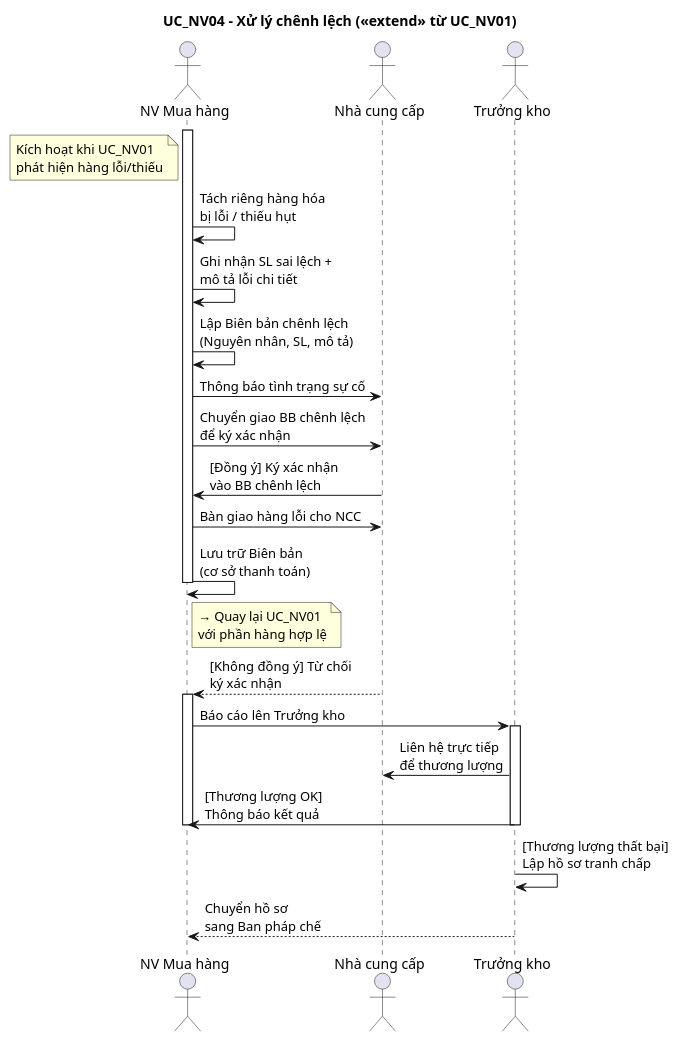
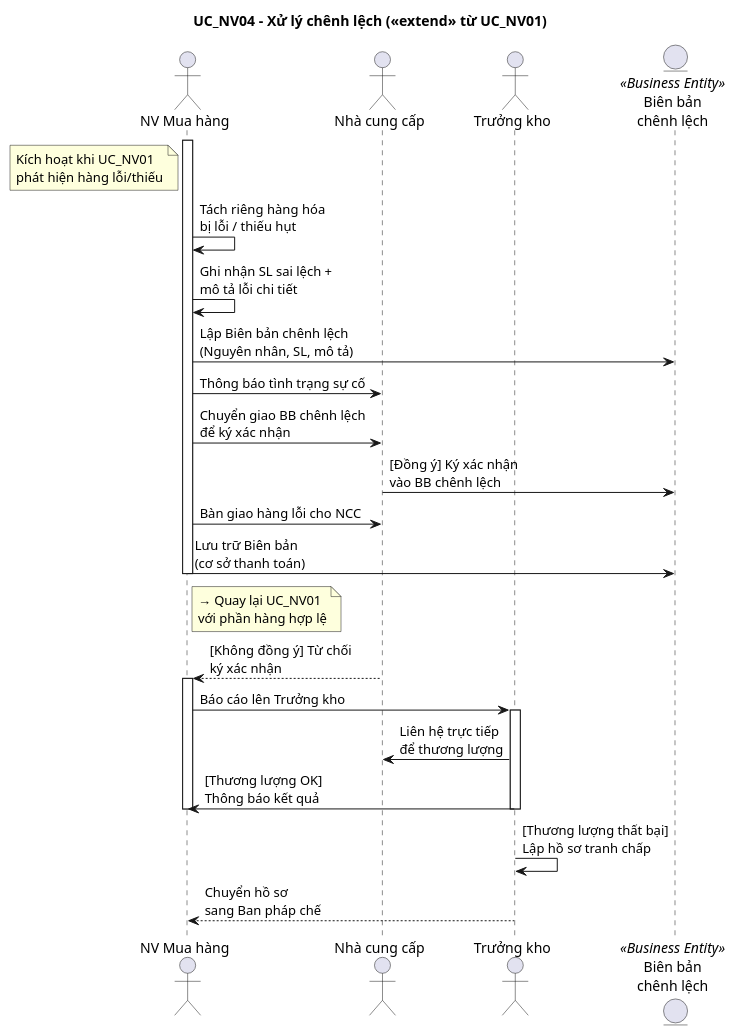
One commit to OXplakhoa/StorageManager changed the diagram in diagrams/sequence_nv/seq_uc_nv04_chenh_lech.md. Above: the diagram before and after it, drawn with PlantUML. The commit also changed 9 other files, not shown here.

Commit message:
feat: add more skills base on syllabus and fix sequence diagram

````diff
--- a/diagrams/sequence_nv/seq_uc_nv04_chenh_lech.md
+++ b/diagrams/sequence_nv/seq_uc_nv04_chenh_lech.md
@@ -3,38 +3,39 @@
 ```plantuml
 @startuml
 title UC_NV04 – Xử lý chênh lệch (<<extend>> từ UC_NV01)
 
 actor "NV Mua hàng" as NVMH
 actor "Nhà cung cấp" as NCC
 actor "Trưởng kho" as TrK
+entity "Biên bản\nchênh lệch" as BBCL <<Business Entity>>
 
 note left of NVMH : Kích hoạt khi UC_NV01\nphát hiện hàng lỗi/thiếu
 
 activate NVMH
 NVMH -> NVMH : Tách riêng hàng hóa\nbị lỗi / thiếu hụt
 NVMH -> NVMH : Ghi nhận SL sai lệch +\nmô tả lỗi chi tiết
-NVMH -> NVMH : Lập Biên bản chênh lệch\n(Nguyên nhân, SL, mô tả)
+NVMH -> BBCL : Lập Biên bản chênh lệch\n(Nguyên nhân, SL, mô tả)
 NVMH -> NCC : Thông báo tình trạng sự cố
 NVMH -> NCC : Chuyển giao BB chênh lệch\nđể ký xác nhận
 
-NCC -> NVMH : [Đồng ý] Ký xác nhận\nvào BB chênh lệch
+NCC -> BBCL : [Đồng ý] Ký xác nhận\nvào BB chênh lệch
 NVMH -> NCC : Bàn giao hàng lỗi cho NCC
-NVMH -> NVMH : Lưu trữ Biên bản\n(cơ sở thanh toán)
+NVMH -> BBCL : Lưu trữ Biên bản\n(cơ sở thanh toán)
 deactivate NVMH
 note right of NVMH : → Quay lại UC_NV01\nvới phần hàng hợp lệ
 
 NCC --> NVMH : [Không đồng ý] Từ chối\nký xác nhận
 activate NVMH
 NVMH -> TrK : Báo cáo lên Trưởng kho
 activate TrK
 TrK -> NCC : Liên hệ trực tiếp\nđể thương lượng
 
 TrK -> NVMH : [Thương lượng OK]\nThông báo kết quả
 deactivate TrK
 deactivate NVMH
 
 TrK -> TrK : [Thương lượng thất bại]\nLập hồ sơ tranh chấp
 TrK --> NVMH : Chuyển hồ sơ\nsang Ban pháp chế
 
 @enduml
 ```
````
